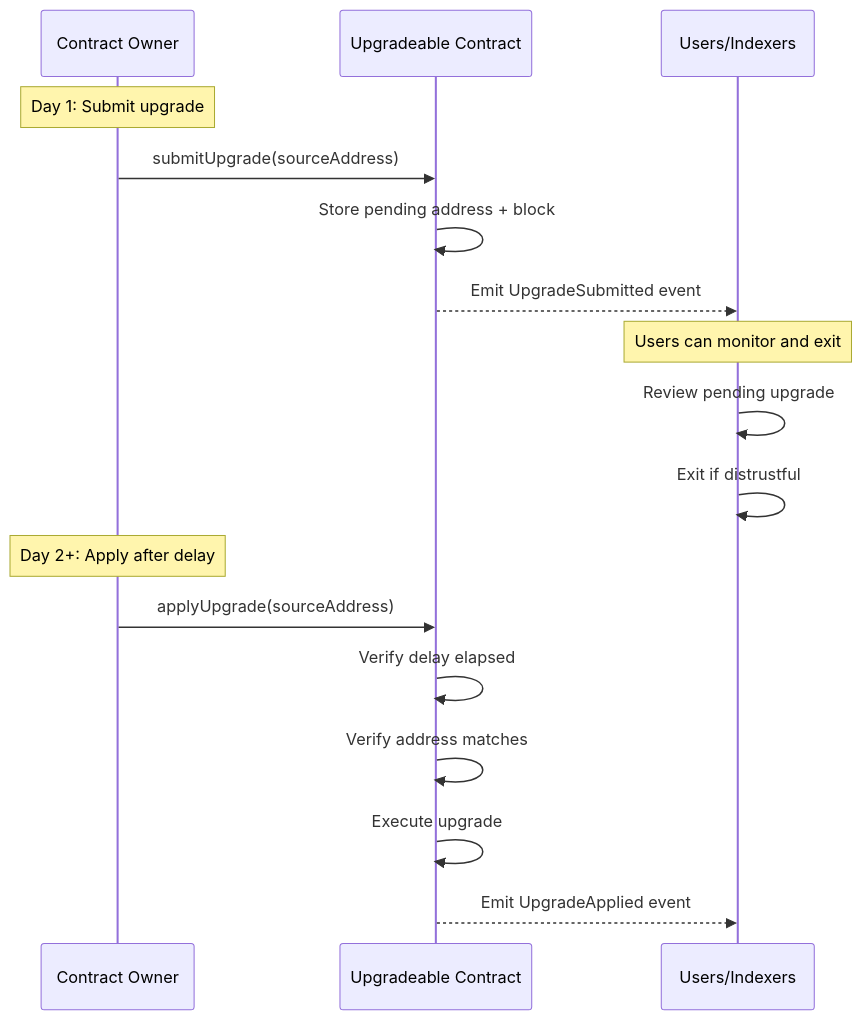
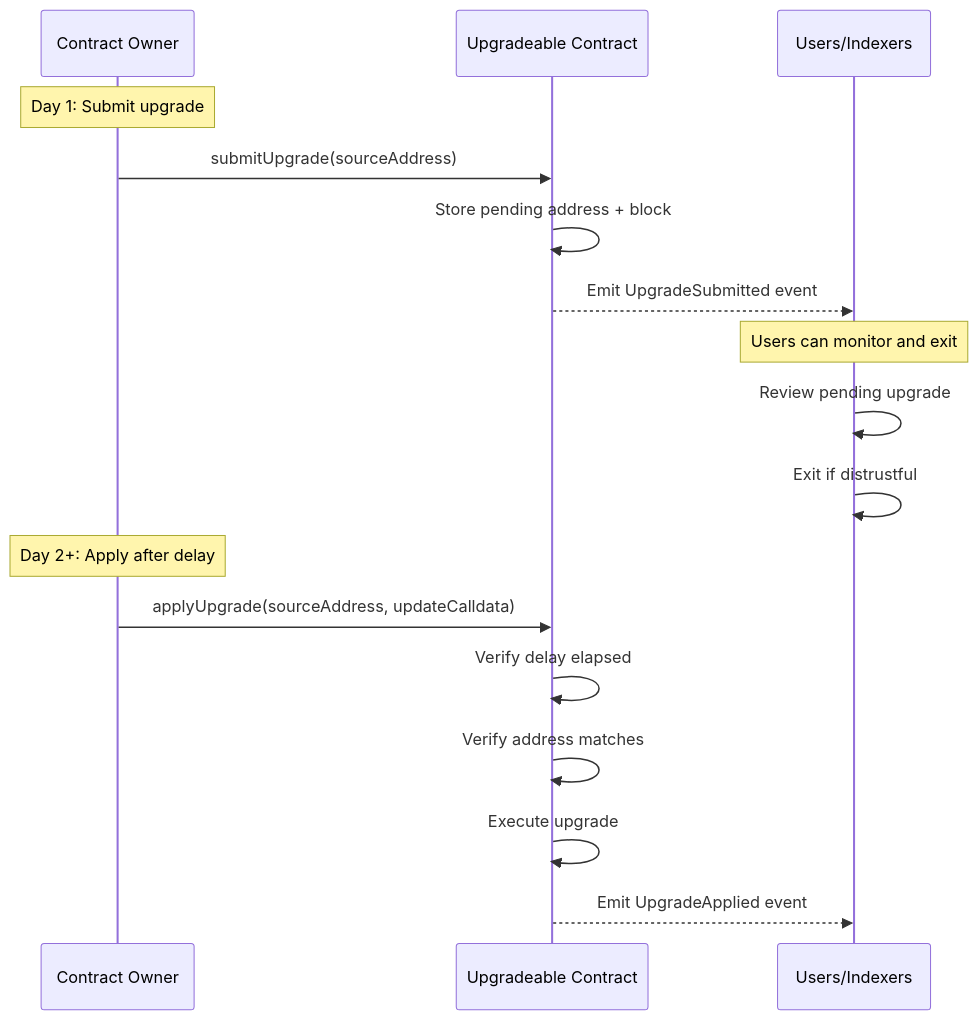
One commit to btc-vision/btc-runtime changed the second of 2 diagrams in docs/advanced/contract-upgrades.md. Above: the diagram before and after it, drawn with Mermaid. The commit also changed other lines of this file and 5 other files, not shown here.

Commit message:
Change applyUpgrade to include bytes param for calldata

````diff
--- a/docs/advanced/contract-upgrades.md
+++ b/docs/advanced/contract-upgrades.md
@@ -121,22 +121,22 @@
 ```mermaid
 sequenceDiagram
     participant Owner as Contract Owner
     participant Contract as Upgradeable Contract
     participant Users as Users/Indexers
 
     Note over Owner: Day 1: Submit upgrade
     Owner->>Contract: submitUpgrade(sourceAddress)
     Contract->>Contract: Store pending address + block
     Contract-->>Users: Emit UpgradeSubmitted event
 
     Note over Users: Users can monitor and exit
     Users->>Users: Review pending upgrade
     Users->>Users: Exit if distrustful
 
     Note over Owner: Day 2+: Apply after delay
-    Owner->>Contract: applyUpgrade(sourceAddress)
+    Owner->>Contract: applyUpgrade(sourceAddress, updateCalldata)
     Contract->>Contract: Verify delay elapsed
     Contract->>Contract: Verify address matches
     Contract->>Contract: Execute upgrade
     Contract-->>Users: Emit UpgradeApplied event
 ```
````
